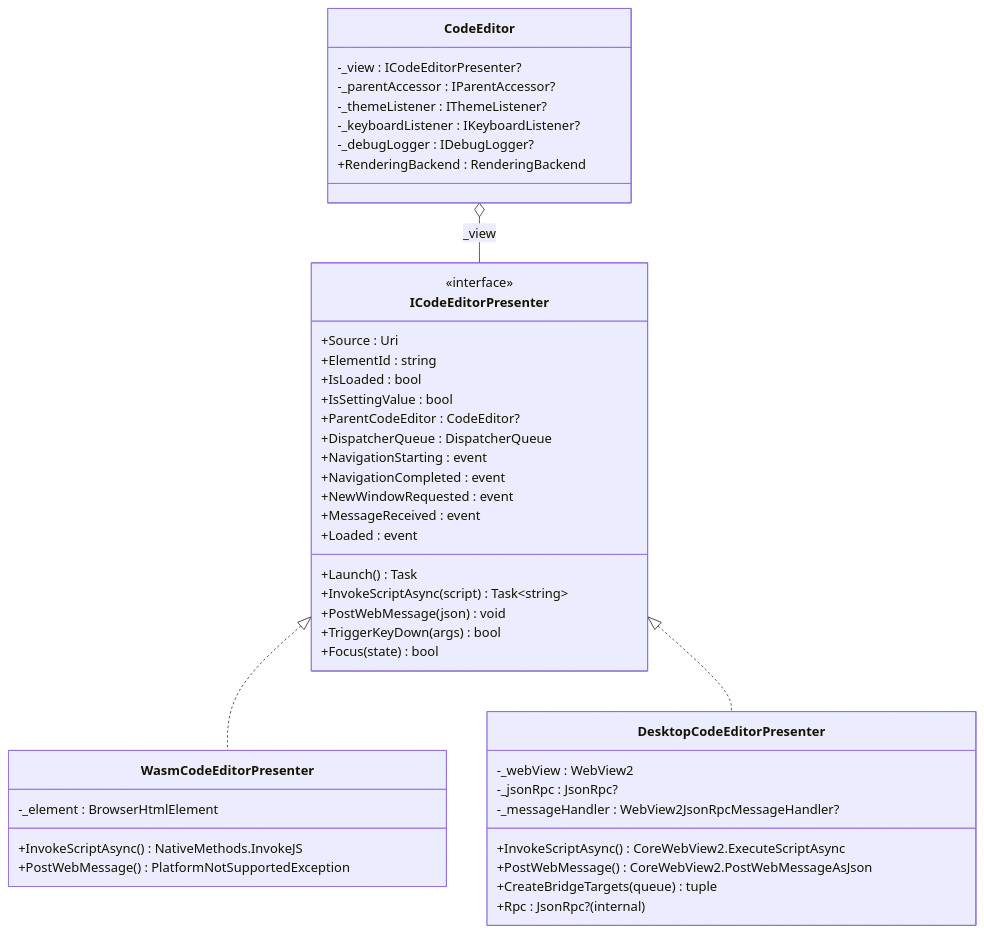
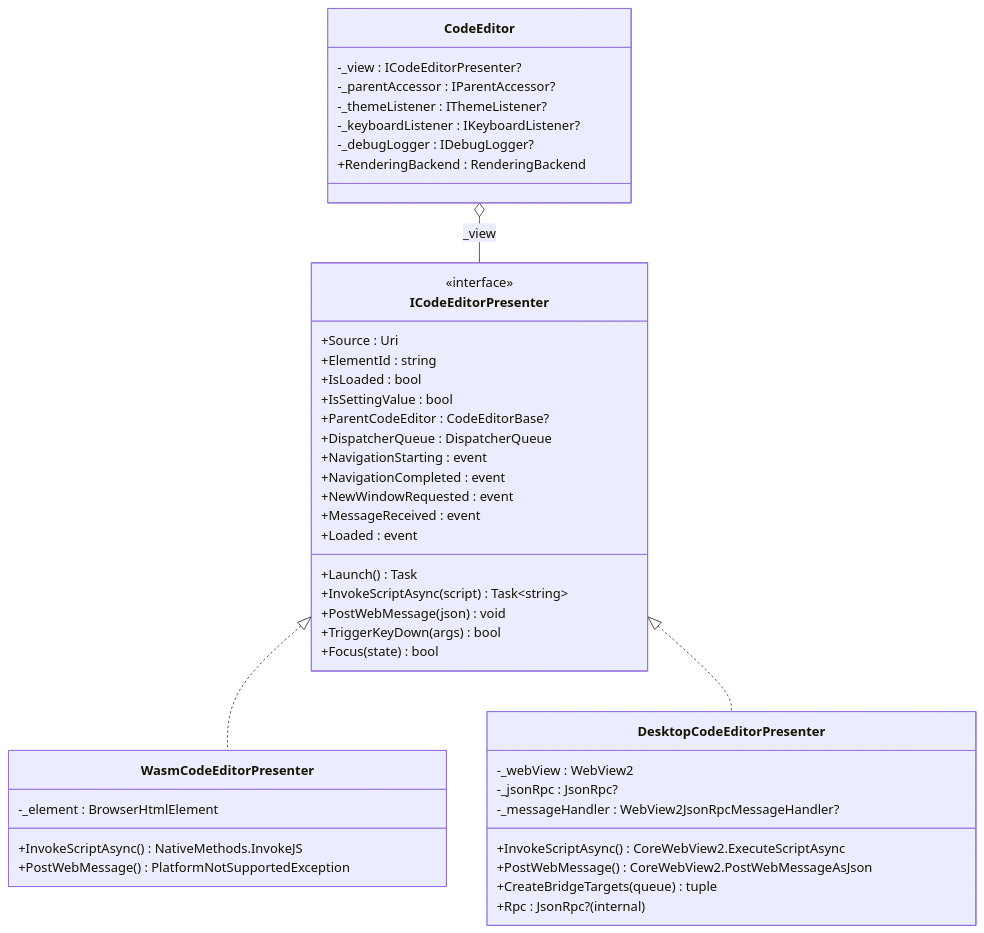
One commit to unoplatform/uno.monaco.editor changed the seventh of 9 diagrams in docs/architecture.md. Above: the diagram before and after it, drawn with Mermaid. The commit also changed 1 other file, not shown here.

Commit message:
docs: retype CodeEditor to CodeEditorBase in examples
The IActionDescriptor.Run signature, the OpenLinkRequested handler, and
the ICodeEditorPresenter class diagram all moved to CodeEditorBase, but
the docs still showed the old type. The Run example in particular no
longer implemented the interface, so anyone following it would not
compile.

Both example bodies only touch members that live on the base
(SelectedText, Focus, and the event args), so the signature line is the
whole change.

````diff
--- a/docs/architecture.md
+++ b/docs/architecture.md
@@ -216,51 +216,51 @@
 ```mermaid
 classDiagram
     class ICodeEditorPresenter {
         <<interface>>
         +Source : Uri
         +ElementId : string
         +IsLoaded : bool
         +IsSettingValue : bool
-        +ParentCodeEditor : CodeEditor?
+        +ParentCodeEditor : CodeEditorBase?
         +DispatcherQueue : DispatcherQueue
         +Launch() Task
         +InvokeScriptAsync(script) Task~string~
         +PostWebMessage(json) void
         +TriggerKeyDown(args) bool
         +Focus(state) bool
         +NavigationStarting : event
         +NavigationCompleted : event
         +NewWindowRequested : event
         +MessageReceived : event
         +Loaded : event
     }
 
     class WasmCodeEditorPresenter {
         -_element : BrowserHtmlElement
         +InvokeScriptAsync() NativeMethods.InvokeJS
         +PostWebMessage() PlatformNotSupportedException
     }
 
     class DesktopCodeEditorPresenter {
         -_webView : WebView2
         -_jsonRpc : JsonRpc?
         -_messageHandler : WebView2JsonRpcMessageHandler?
         +InvokeScriptAsync() CoreWebView2.ExecuteScriptAsync
         +PostWebMessage() CoreWebView2.PostWebMessageAsJson
         +CreateBridgeTargets(queue) tuple
         +Rpc : JsonRpc? (internal)
     }
 
     class CodeEditor {
         -_view : ICodeEditorPresenter?
         -_parentAccessor : IParentAccessor?
         -_themeListener : IThemeListener?
         -_keyboardListener : IKeyboardListener?
         -_debugLogger : IDebugLogger?
         +RenderingBackend : RenderingBackend
     }
 
     ICodeEditorPresenter <|.. WasmCodeEditorPresenter
     ICodeEditorPresenter <|.. DesktopCodeEditorPresenter
     CodeEditor o-- ICodeEditorPresenter : _view
 ```
````
